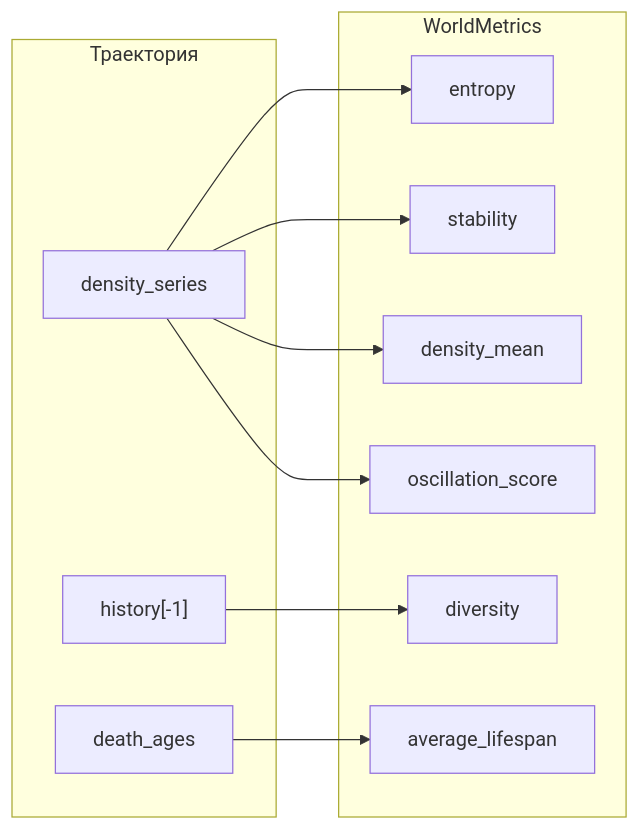
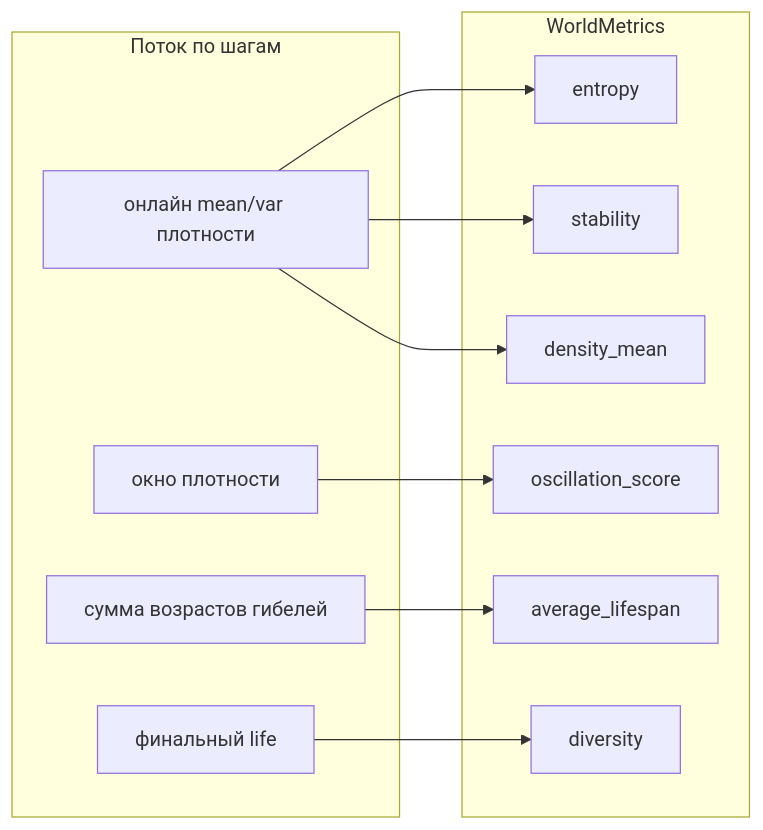
The sixth of 8 diagrams in docs/WORLDSPACE.md (Starovoitov/LifeManifold), drawn with Mermaid before and after one commit. The commit also changed other lines of this file and 14 other files, not shown here.

````diff
--- a/docs/WORLDSPACE.md
+++ b/docs/WORLDSPACE.md
@@ -262,22 +259,23 @@
 ```mermaid
 flowchart LR
-  subgraph traj["Траектория"]
-    DS["density_series"]
-    HA["history[-1]"]
-    DA["death_ages"]
+  subgraph traj["Поток по шагам"]
+    DS["онлайн mean/var плотности"]
+    WIN["окно плотности"]
+    DA["сумма возрастов гибелей"]
+    HA["финальный life"]
   end
   subgraph M["WorldMetrics"]
     e["entropy"]
     s["stability"]
     al["average_lifespan"]
     dm["density_mean"]
     os["oscillation_score"]
     dv["diversity"]
   end
   DS --> e
   DS --> s
   DS --> dm
-  DS --> os
+  WIN --> os
   DA --> al
   HA --> dv
 ```
````
